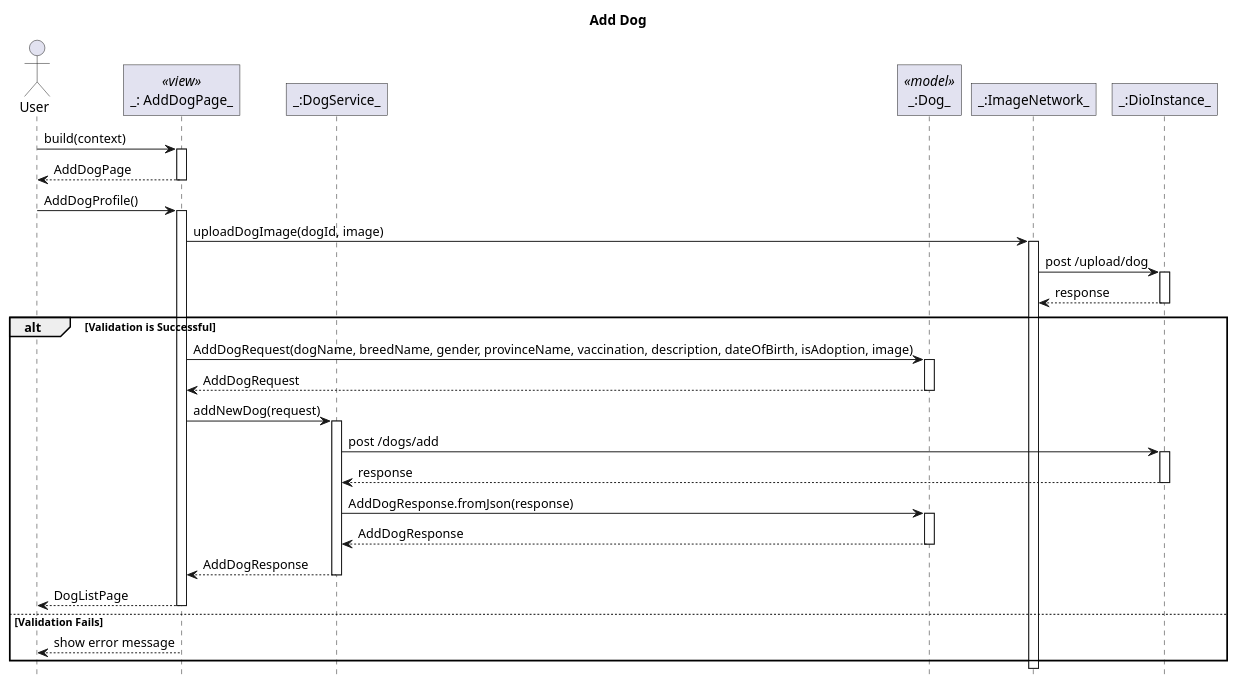
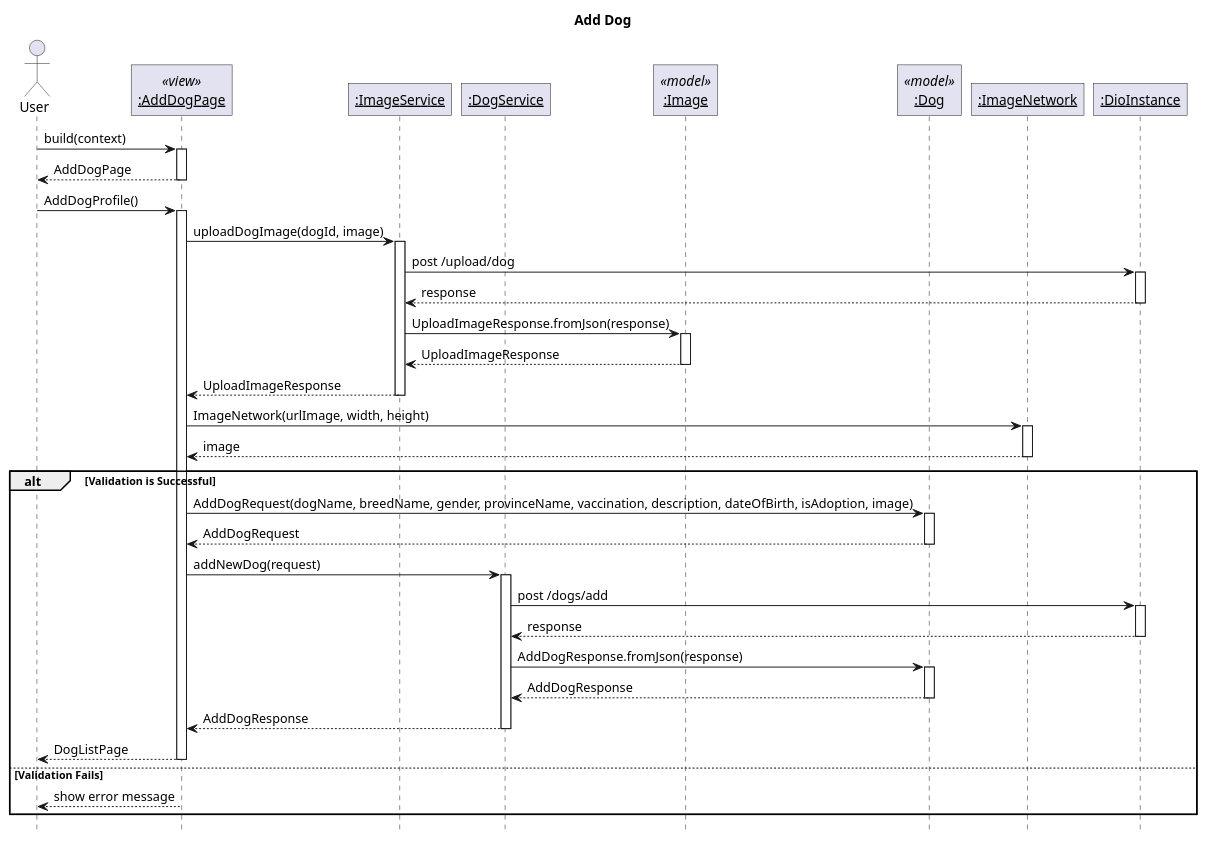
One commit to sharoncedila/FO_woofers changed the diagram in lib/plantuml/sequence/dog/add dog.puml. Above: the diagram before and after it, drawn with PlantUML. The commit also changed 30 other files, not shown here.

Commit message:
added all sequence diagram

```diff
--- a/lib/plantuml/sequence/dog/add dog.puml
+++ b/lib/plantuml/sequence/dog/add dog.puml
@@ -1,43 +1,50 @@
 @startuml AddDog
 ' Global param
 title Add Dog
 autoactivate on
 
 ' Global style configuration
 skinparam RoundCorner 0
 hide footbox
 
 ' Sequence participant configuration
 actor User
-participant "_: AddDogPage_" as Page <<view>>
-participant "_:DogService_" as Service
-participant "_:Dog_" as Model <<model>>
-participant "_:ImageNetwork_" as Image
-participant "_:DioInstance_" as Dio
+participant "__:AddDogPage__" as Page <<view>>
+participant "__:ImageService__" as ServiceImage
+participant "__:DogService__" as ServiceDog
+participant "__:Image__" as ModelImage <<model>>
+participant "__:Dog__" as ModelDog <<model>>
+participant "__:ImageNetwork__" as Image
+participant "__:DioInstance__" as Dio
 
 
 ' Sequence diagram
 User -> Page: build(context)
 User <-- Page: AddDogPage
 User -> Page: AddDogProfile()
-Page -> Image: uploadDogImage(dogId, image)
-Image -> Dio : post /upload/dog
-Image <-- Dio : response
+Page -> ServiceImage : uploadDogImage(dogId, image)
+ServiceImage -> Dio : post /upload/dog
+ServiceImage <-- Dio : response
+ServiceImage -> ModelImage : UploadImageResponse.fromJson(response)
+ServiceImage <-- ModelImage : UploadImageResponse
+Page <-- ServiceImage : UploadImageResponse
+Page -> Image : ImageNetwork(urlImage, width, height)
+Page <-- Image : image
 alt Validation is Successful
-Page -> Model: AddDogRequest(dogName, breedName, gender, provinceName, vaccination, description, dateOfBirth, isAdoption, image)
-Page <-- Model: AddDogRequest
-Page -> Service: addNewDog(request)
-Service -> Dio : post /dogs/add
-Service <-- Dio : response
-Service -> Model: AddDogResponse.fromJson(response)
-Service <-- Model: AddDogResponse
-Page <-- Service: AddDogResponse
+Page -> ModelDog: AddDogRequest(dogName, breedName, gender, provinceName, vaccination, description, dateOfBirth, isAdoption, image)
+Page <-- ModelDog: AddDogRequest
+Page -> ServiceDog: addNewDog(request)
+ServiceDog -> Dio : post /dogs/add
+ServiceDog <-- Dio : response
+ServiceDog -> ModelDog: AddDogResponse.fromJson(response)
+ServiceDog <-- ModelDog: AddDogResponse
+Page <-- ServiceDog: AddDogResponse
 User <-- Page: DogListPage
 else Validation Fails
-    User <-- Page: show error message
+User <-- Page: show error message
 end
 
 
 
 
 @enduml
```
